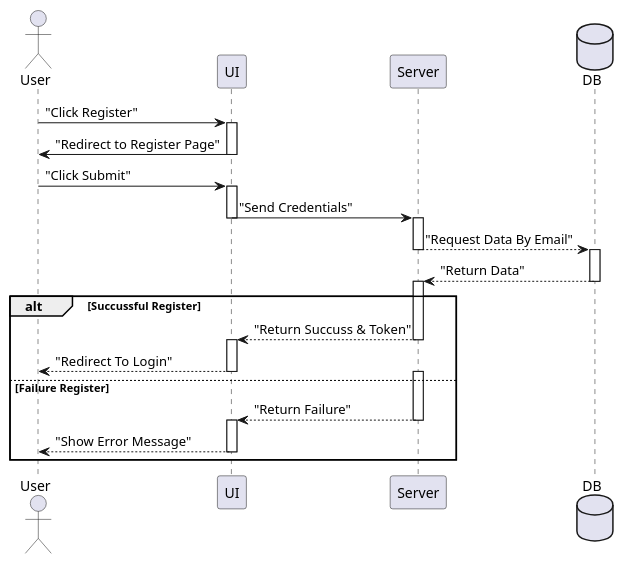
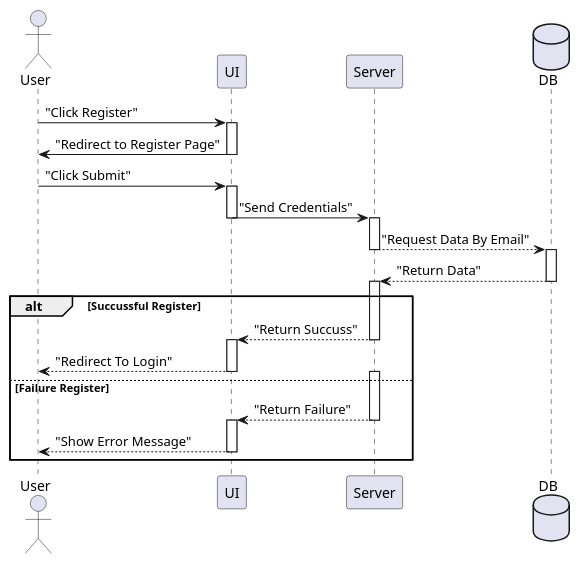
One commit to Th3You7/DeliveryMatch changed the diagram in conception/sequence_diagram/register_sequence.puml. Above: the diagram before and after it, drawn with PlantUML. The commit also changed 8 other files, not shown here.

Commit message:
diagrams imgs

```diff
--- a/conception/sequence_diagram/register_sequence.puml
+++ b/conception/sequence_diagram/register_sequence.puml
@@ -1,39 +1,39 @@
 @startuml sequence_diagram
 actor User
 participant "UI" as UI
 participant "Server" as Server
 database "DB" as DB
 
 User -> UI: "Click Register"
 activate UI
 UI -> User: "Redirect to Register Page"
 deactivate UI
 
 User -> UI: "Click Submit"
 activate UI
 UI -> Server: "Send Credentials"
 deactivate UI
 activate Server
 Server --> DB: "Request Data By Email"
 deactivate Server
 activate DB
 DB --> Server: "Return Data"
 deactivate DB
 
 
 alt Succussful Register
     activate Server
-    Server --> UI: "Return Succuss & Token"
+    Server --> UI: "Return Succuss"
     deactivate Server
     activate UI
     UI --> User: "Redirect To Login"
     deactivate UI
 else Failure Register
     activate Server
     Server --> UI: "Return Failure"
     deactivate Server
     activate UI
     UI --> User: "Show Error Message"
     deactivate UI
 end
 @enduml
```
